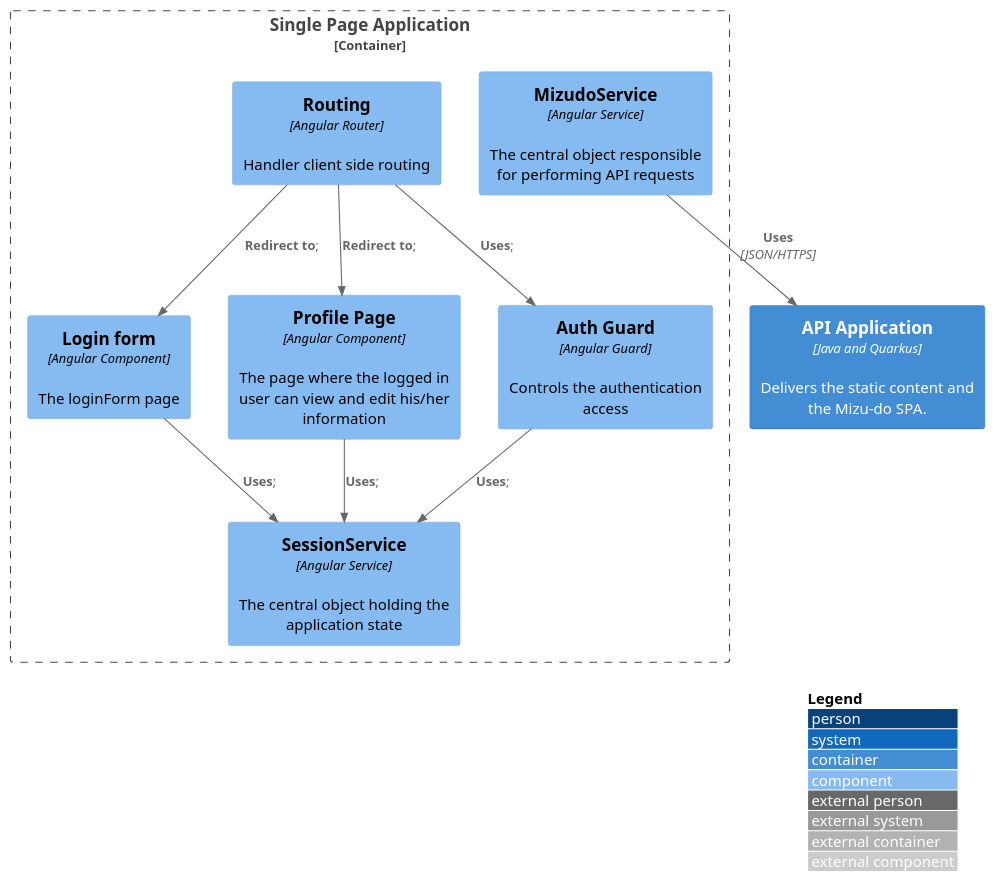
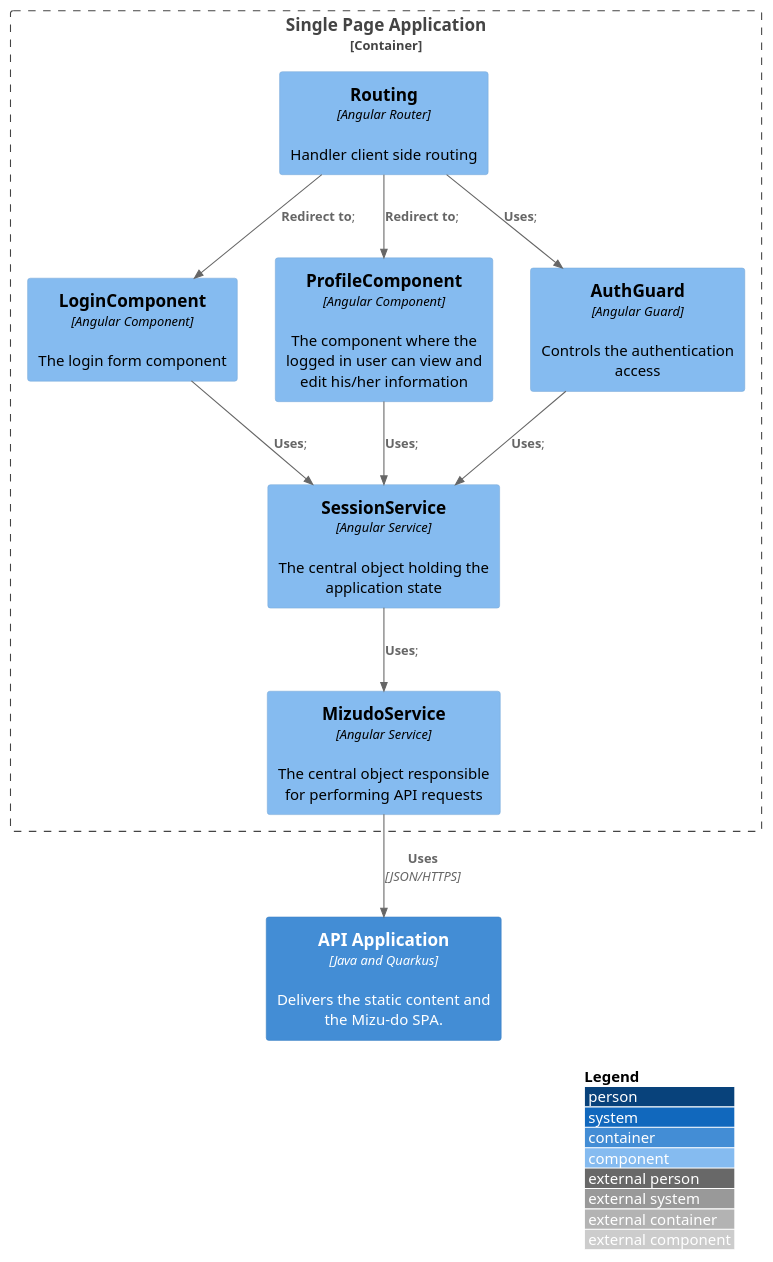
One commit to arrudalabs/mizudo-app changed the diagram in documentation/src/1 Mizu-do System/Single Page Application/container.puml. Above: the diagram before and after it, drawn with PlantUML.

Commit message:
Updated SPA diagram [SKIP_CD]

```diff
--- a/documentation/src/1 Mizu-do System/Single Page Application/container.puml
+++ b/documentation/src/1 Mizu-do System/Single Page Application/container.puml
@@ -1,29 +1,31 @@
 @startuml
 !include https://raw.githubusercontent.com/adrianvlupu/C4-PlantUML/latest/C4_Component.puml
 
 LAYOUT_WITH_LEGEND()
 
 Container(api, "API Application", "Java and Quarkus", "Delivers the static content and the Mizu-do SPA.")
 
 Container_Boundary(spa, "Single Page Application") {
     Component(routing, "Routing", "Angular Router", "Handler client side routing")
-    Component(loginForm, "Login form", "Angular Component", "The loginForm page")
-    Component(profilePage, "Profile Page", "Angular Component", "The page where the logged in user can view and edit his/her information")
-    Component(authGuard, "Auth Guard", "Angular Guard", "Controls the authentication access")
+    Component(loginForm, "LoginComponent", "Angular Component", "The login form component")
+    Component(profilePage, "ProfileComponent", "Angular Component", "The component where the logged in user can view and edit his/her information")
+    Component(authGuard, "AuthGuard", "Angular Guard", "Controls the authentication access")
     Component(sessionService, "SessionService", "Angular Service", "The central object holding the application state")
     Component(mizudoService, "MizudoService", "Angular Service", "The central object responsible for performing API requests")
 
 
     Rel(routing, authGuard, "Uses");
     Rel(authGuard, sessionService, "Uses");
     Rel(loginForm, sessionService, "Uses");
     Rel(profilePage, sessionService, "Uses");
 
     Rel(routing, loginForm, "Redirect to");
     Rel(routing, profilePage, "Redirect to");
 
+    Rel(sessionService,mizudoService, "Uses");
+
 }
 
 Rel(mizudoService, api, "Uses", "JSON/HTTPS")
 
 @enduml
```
